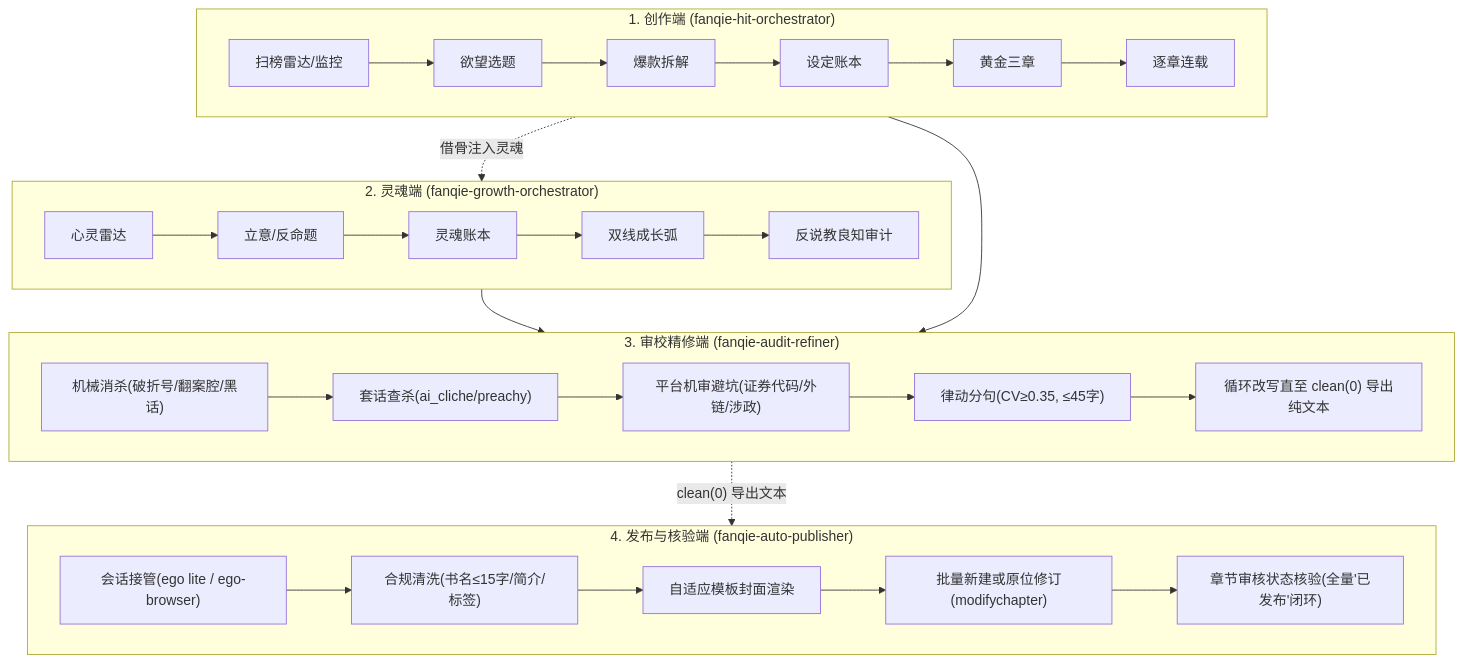
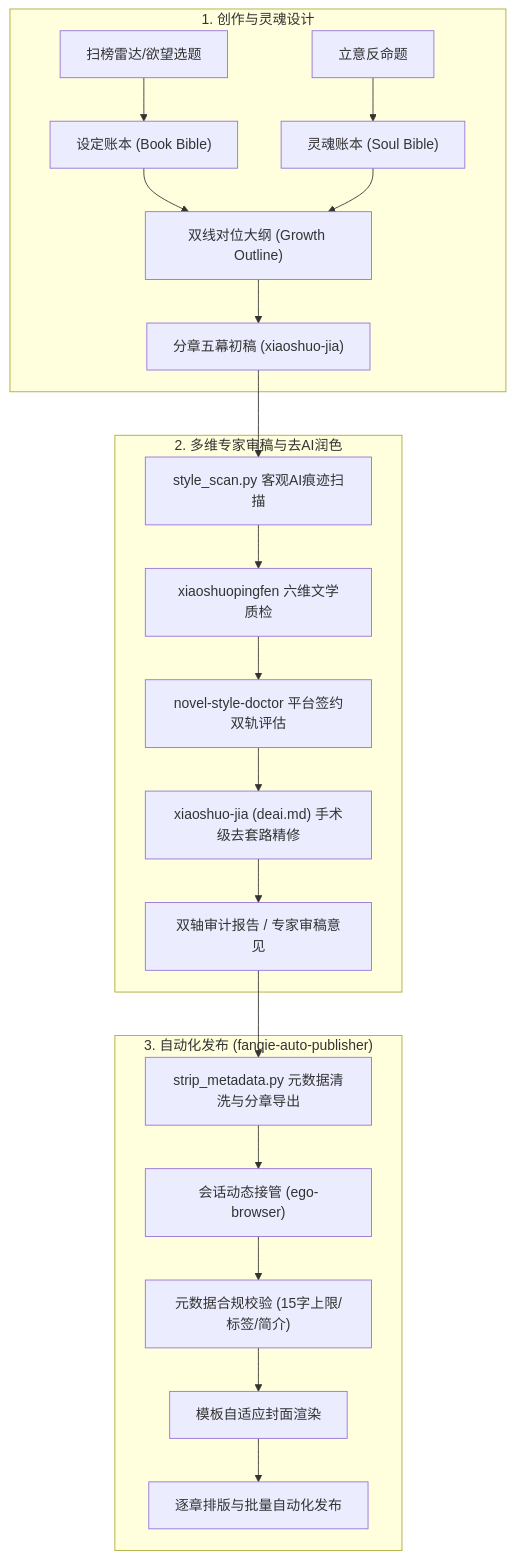
Before and after one commit to cnproduct/fanqie-novel-skills: the diagram in README.md, drawn with Mermaid. The commit also changed other lines of this file and 1 other file, not shown here.

Commit message:
release: v1.2.0 - merge novel-style-doctor, xiaoshuo-jia, and xiaoshuopingfen into unified 6-skill suite

````diff
--- a/README.md
+++ b/README.md
@@ -16,24 +20,25 @@
 ```mermaid
 flowchart TD
-  subgraph CREATION["1. 创作端 (fanqie-hit-orchestrator)"]
-    P1["扫榜雷达/监控"] --> P2["欲望选题"] --> P3["爆款拆解"] --> P4["设定账本"] --> P5["黄金三章"] --> P6["逐章连载"]
-  end
-  subgraph SOUL["2. 灵魂端 (fanqie-growth-orchestrator)"]
-    G1["心灵雷达"] --> G2["立意/反命题"] --> G3["灵魂账本"] --> G4["双线成长弧"] --> G5["反说教良知审计"]
-  end
-  subgraph REFINE["3. 审校精修端 (fanqie-audit-refiner)"]
-    R1["机械消杀(破折号/翻案腔/黑话)"] --> R2["套话查杀(ai_cliche/preachy)"]
-    R2 --> R3["平台机审避坑(证券代码/外链/涉政)"] --> R4["律动分句(CV≥0.35, ≤45字)"]
-    R4 --> R5["循环改写直至 clean(0) 导出纯文本"]
-  end
-  subgraph PUBLISH["4. 发布与核验端 (fanqie-auto-publisher)"]
-    U0["会话接管(ego lite / ego-browser)"] --> U1["合规清洗(书名≤15字/简介/标签)"]
-    U1 --> U2["自适应模板封面渲染"] --> U3["批量新建或原位修订(modifychapter)"]
-    U3 --> U4["章节审核状态核验(全量'已发布'闭环)"]
+  subgraph CREATION["1. 创作与灵魂设计"]
+    P1["扫榜雷达/欲望选题"] --> P2["设定账本 (Book Bible)"]
+    G1["立意反命题"] --> G2["灵魂账本 (Soul Bible)"]
+    P2 & G2 --> P3["双线对位大纲 (Growth Outline)"]
+    P3 --> P4["分章五幕初稿 (xiaoshuo-jia)"]
   end
 
-  CREATION -. 借骨注入灵魂 .-> SOUL
-  SOUL --> REFINE
-  CREATION --> REFINE
-  REFINE -. clean(0) 导出文本 .-> PUBLISH
+  subgraph AUDIT_REFINE["2. 多维专家审稿与去AI润色"]
+    P4 --> A1["style_scan.py 客观AI痕迹扫描"]
+    A1 --> A2["xiaoshuopingfen 六维文学质检"]
+    A2 --> A3["novel-style-doctor 平台签约双轨评估"]
+    A3 --> A4["xiaoshuo-jia (deai.md) 手术级去套路精修"]
+    A4 --> A5["双轴审计报告 / 专家审稿意见"]
+  end
+
+  subgraph PUBLISH["3. 自动化发布 (fanqie-auto-publisher)"]
+    A5 --> U1["strip_metadata.py 元数据清洗与分章导出"]
+    U1 --> U2["会话动态接管 (ego-browser)"]
+    U2 --> U3["元数据合规校验 (15字上限/标签/简介)"]
+    U3 --> U4["模板自适应封面渲染"]
+    U4 --> U5["逐章排版与批量自动化发布"]
+  end
 ```
````
